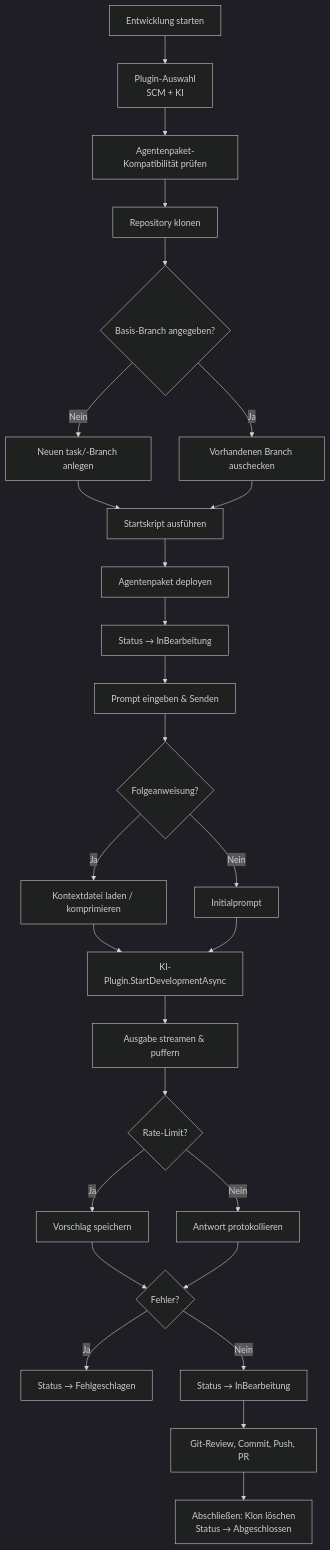
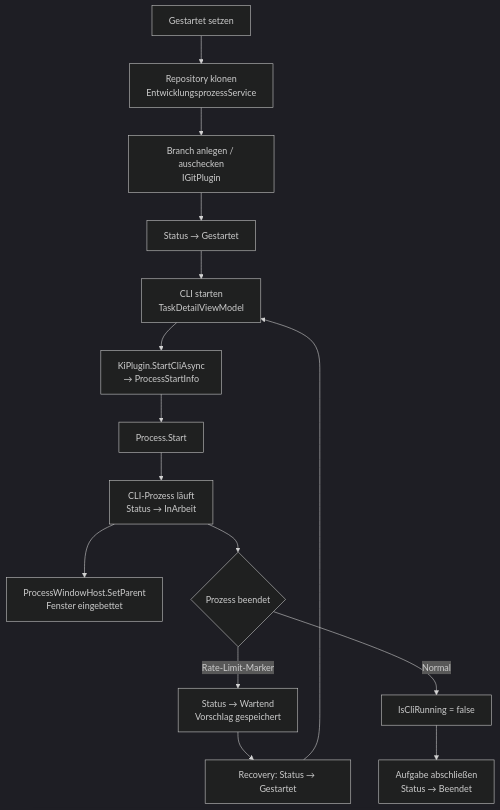
The diagram in docs/help/aufgaben/ablauf-technisch.md (martin-stromberg/Softwareschmiede), drawn with Mermaid (dark theme) before and after one commit. The commit also changed other lines of this file and 132 other files, not shown here.

````diff
--- a/docs/help/aufgaben/ablauf-technisch.md
+++ b/docs/help/aufgaben/ablauf-technisch.md
@@ -58,26 +56,17 @@
 ```mermaid
 flowchart TD
-    A[Entwicklung starten] --> B[Plugin-Auswahl\nSCM + KI]
-    B --> C[Agentenpaket-Kompatibilität prüfen]
-    C --> D[Repository klonen]
-    D --> E{Basis-Branch angegeben?}
-    E -- Nein --> F[Neuen task/-Branch anlegen]
-    E -- Ja --> G[Vorhandenen Branch auschecken]
-    F & G --> H[Startskript ausführen]
-    H --> I[Agentenpaket deployen]
-    I --> J[Status → InBearbeitung]
-    J --> K[Prompt eingeben & Senden]
-    K --> L{Folgeanweisung?}
-    L -- Ja --> M[Kontextdatei laden / komprimieren]
-    L -- Nein --> N[Initialprompt]
-    M & N --> O[KI-Plugin.StartDevelopmentAsync]
-    O --> P[Ausgabe streamen & puffern]
-    P --> Q{Rate-Limit?}
-    Q -- Ja --> R[Vorschlag speichern]
-    Q -- Nein --> S[Antwort protokollieren]
-    R & S --> T{Fehler?}
-    T -- Ja --> U[Status → Fehlgeschlagen]
-    T -- Nein --> V[Status → InBearbeitung]
-    V --> W[Git-Review, Commit, Push, PR]
-    W --> X[Abschließen: Klon löschen\nStatus → Abgeschlossen]
+    A[Gestartet setzen] --> B[Repository klonen\nEntwicklungsprozessService]
+    B --> C[Branch anlegen / auschecken\nIGitPlugin]
+    C --> D[Status → Gestartet]
+    D --> E[CLI starten\nTaskDetailViewModel]
+    E --> F[KiPlugin.StartCliAsync\n→ ProcessStartInfo]
+    F --> G[Process.Start]
+    G --> H[CLI-Prozess läuft\nStatus → InArbeit]
+    H --> I[ProcessWindowHost.SetParent\nFenster eingebettet]
+    H --> J{Prozess beendet}
+    J -- Rate-Limit-Marker --> K[Status → Wartend\nVorschlag gespeichert]
+    J -- Normal --> L[IsCliRunning = false]
+    K --> M[Recovery: Status → Gestartet]
+    M --> E
+    L --> N[Aufgabe abschließen\nStatus → Beendet]
 ```
````
